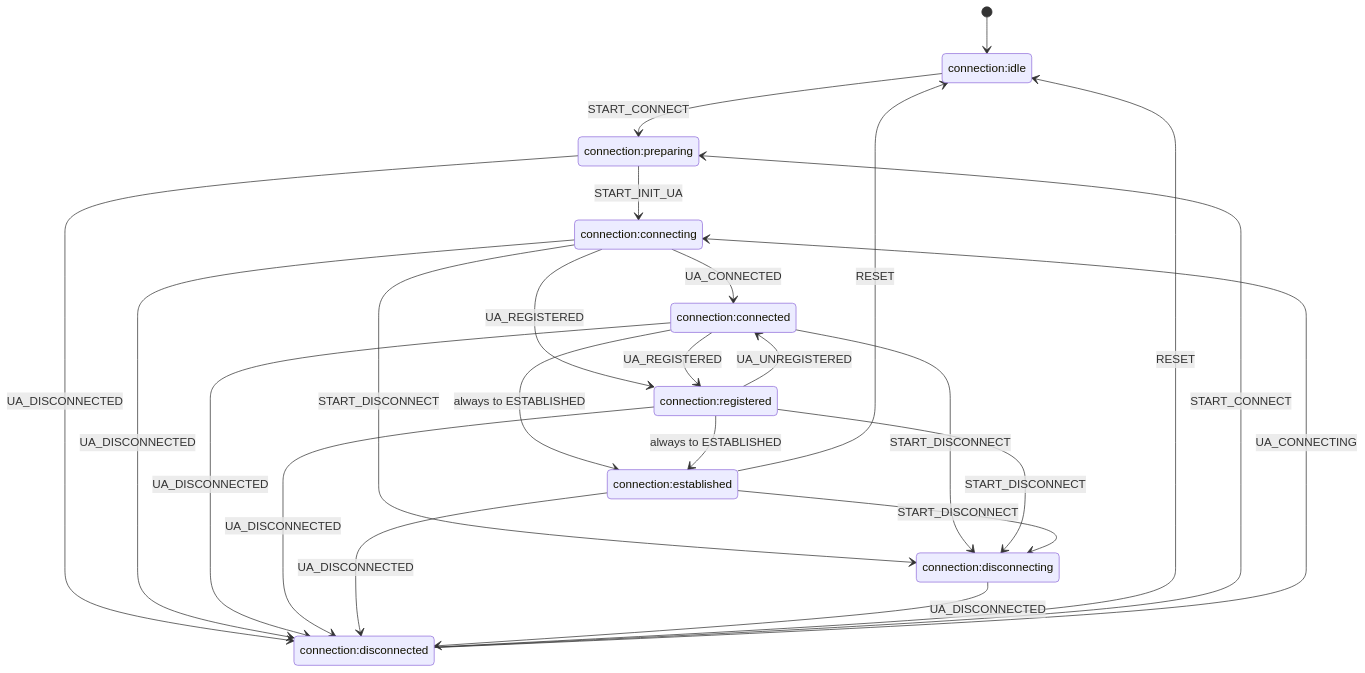
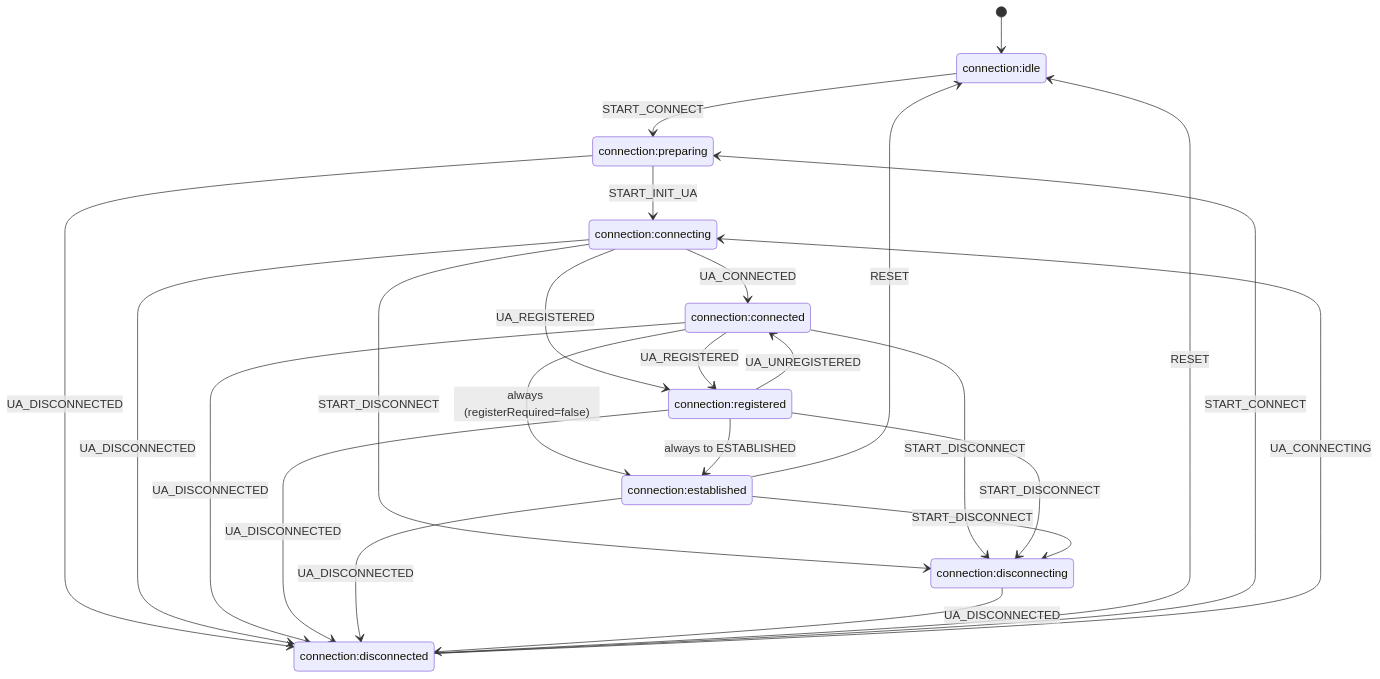
Before and after one commit to Krivega/sip-connector: the diagram in docs/architecture/components/ConnectionManager/state-machine.md, drawn with Mermaid. The commit also changed other lines of this file and 5 other files, not shown here.

Commit message:
feat(ConnectionManager): enhance state machine to manage registerRequired flag for connection transitions

````diff
--- a/docs/architecture/components/ConnectionManager/state-machine.md
+++ b/docs/architecture/components/ConnectionManager/state-machine.md
@@ -14,35 +14,35 @@
 ```mermaid
 stateDiagram-v2
     [*] --> idle
     state "connection:idle" as idle
     state "connection:preparing" as preparing
     state "connection:connecting" as connecting
     state "connection:connected" as connected
     state "connection:registered" as registered
     state "connection:established" as established
     state "connection:disconnecting" as disconnecting
     state "connection:disconnected" as disconnected
 
     idle --> preparing: START_CONNECT
     preparing --> connecting: START_INIT_UA
     preparing --> disconnected: UA_DISCONNECTED
     connecting --> connected: UA_CONNECTED
     connecting --> registered: UA_REGISTERED
     connecting --> disconnecting: START_DISCONNECT
     connecting --> disconnected: UA_DISCONNECTED
-    connected --> established: always to ESTABLISHED
+    connected --> established: always (registerRequired=false)
     connected --> registered: UA_REGISTERED
     connected --> disconnecting: START_DISCONNECT
     connected --> disconnected: UA_DISCONNECTED
     registered --> established: always to ESTABLISHED
     registered --> connected: UA_UNREGISTERED
     registered --> disconnecting: START_DISCONNECT
     registered --> disconnected: UA_DISCONNECTED
     established --> disconnecting: START_DISCONNECT
     established --> disconnected: UA_DISCONNECTED
     established --> idle: RESET
     disconnecting --> disconnected: UA_DISCONNECTED
     disconnected --> idle: RESET
     disconnected --> preparing: START_CONNECT
     disconnected --> connecting: UA_CONNECTING
 ```
````
